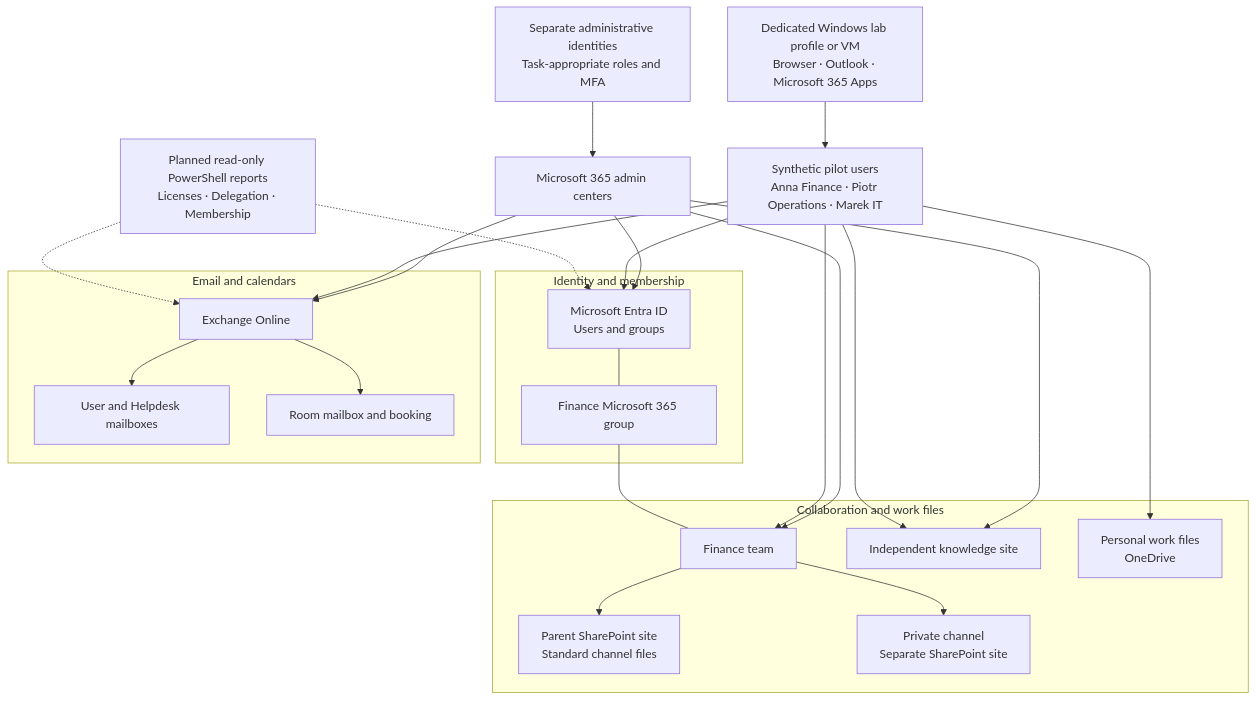
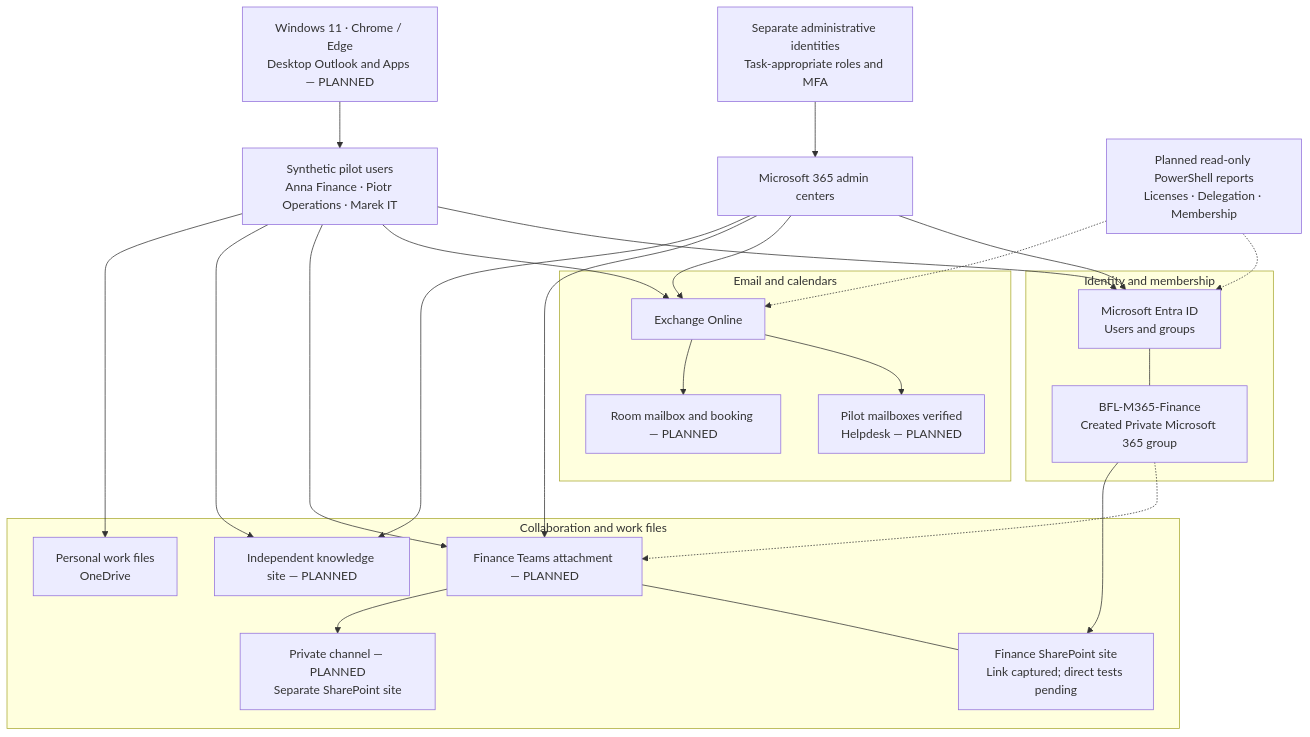
One commit to krzysztof-szot/m365-administration-support-project changed the diagram in README.md. Above: the diagram before and after it, drawn with Mermaid. The commit also changed other lines of this file and 27 other files, not shown here.

````diff
--- a/README.md
+++ b/README.md
@@ -146,48 +157,49 @@
 ```mermaid
 flowchart TB
     ADMIN["Separate administrative identities<br/>Task-appropriate roles and MFA"]
     CENTERS["Microsoft 365 admin centers"]
     PILOTS["Synthetic pilot users<br/>Anna Finance · Piotr Operations · Marek IT"]
-    CLIENT["Dedicated Windows lab profile or VM<br/>Browser · Outlook · Microsoft 365 Apps"]
+    CLIENT["Windows 11 · Chrome / Edge<br/>Desktop Outlook and Apps — PLANNED"]
 
     subgraph IDENTITY["Identity and membership"]
         ENTRA["Microsoft Entra ID<br/>Users and groups"]
-        GROUP["Finance Microsoft 365 group"]
+        GROUP["BFL-M365-Finance<br/>Created Private Microsoft 365 group"]
     end
 
     subgraph MESSAGING["Email and calendars"]
         EXO["Exchange Online"]
-        MAIL["User and Helpdesk mailboxes"]
-        ROOM["Room mailbox and booking"]
+        MAIL["Pilot mailboxes verified<br/>Helpdesk — PLANNED"]
+        ROOM["Room mailbox and booking — PLANNED"]
     end
 
     subgraph COLLABORATION["Collaboration and work files"]
-        TEAM["Finance team"]
-        PARENT["Parent SharePoint site<br/>Standard channel files"]
-        PRIVATE["Private channel<br/>Separate SharePoint site"]
-        KNOWLEDGE["Independent knowledge site"]
+        TEAM["Finance Teams attachment — PLANNED"]
+        PARENT["Finance SharePoint site<br/>Link captured; direct tests pending"]
+        PRIVATE["Private channel — PLANNED<br/>Separate SharePoint site"]
+        KNOWLEDGE["Independent knowledge site — PLANNED"]
         ONEDRIVE["Personal work files<br/>OneDrive"]
     end
 
     REPORTS["Planned read-only PowerShell reports<br/>Licenses · Delegation · Membership"]
 
     ADMIN --> CENTERS
     CENTERS --> ENTRA
     CENTERS --> EXO
     CENTERS --> TEAM
     CENTERS --> KNOWLEDGE
     PILOTS --> ENTRA
     CLIENT --> PILOTS
     PILOTS --> EXO
     PILOTS --> TEAM
     PILOTS --> KNOWLEDGE
     PILOTS --> ONEDRIVE
     ENTRA --- GROUP
-    GROUP --- TEAM
+    GROUP -.-> TEAM
+    GROUP --> PARENT
     EXO --> MAIL
     EXO --> ROOM
-    TEAM --> PARENT
+    TEAM --- PARENT
     TEAM --> PRIVATE
     REPORTS -.-> ENTRA
     REPORTS -.-> EXO
 ```
````
